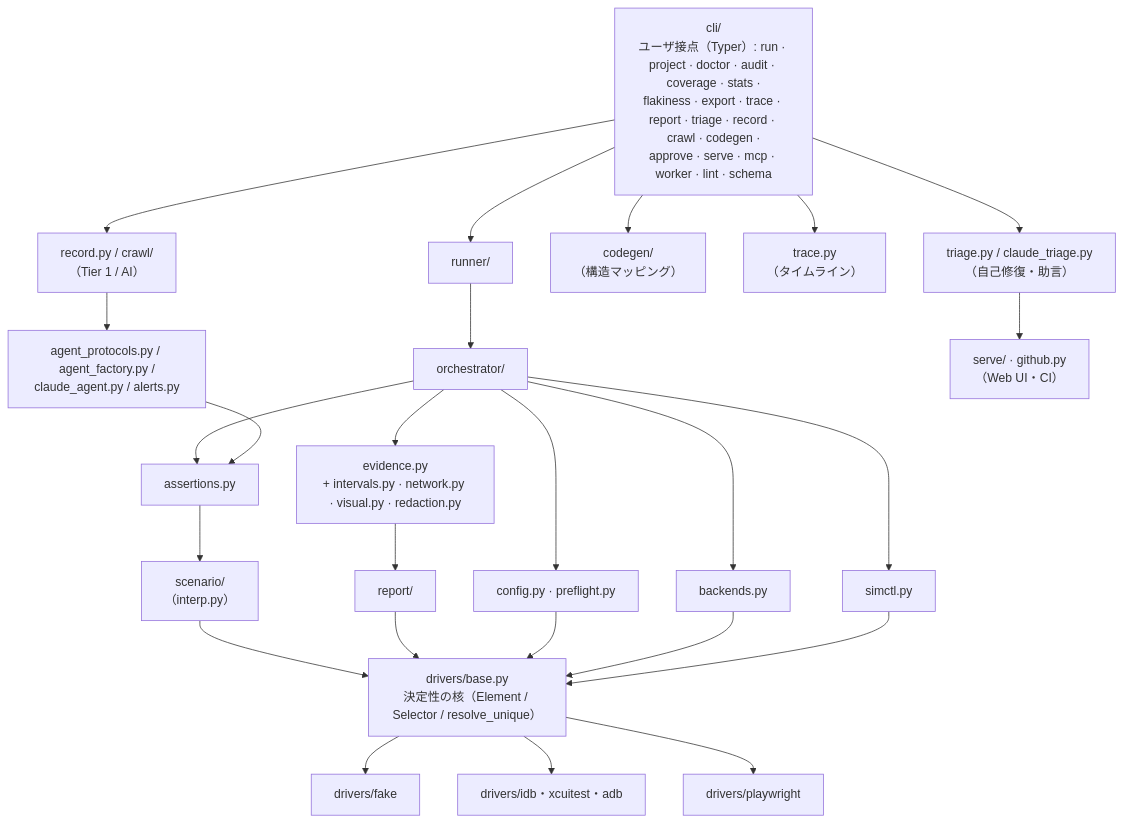
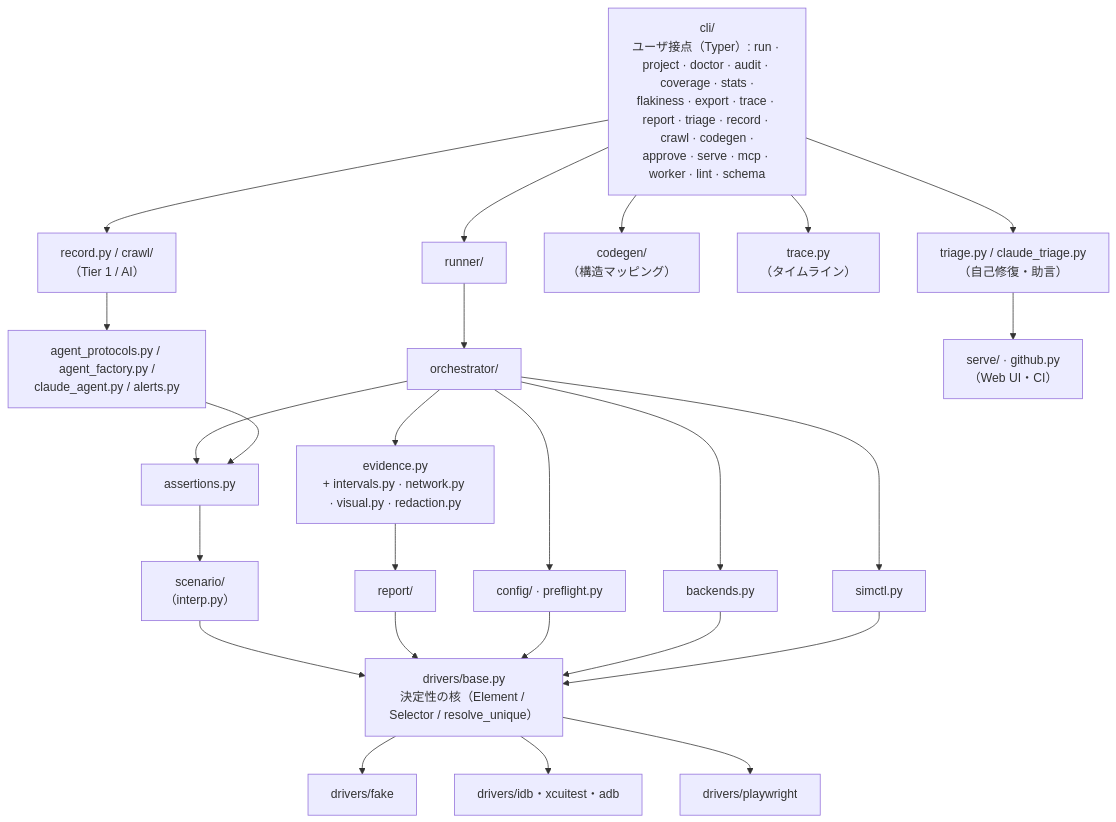
Before and after one commit to bajutsu-e2e/bajutsu: the second of 2 diagrams in docs/ja/architecture.md, drawn with Mermaid. The commit also changed other lines of this file and 30 other files, not shown here.

````diff
--- a/docs/ja/architecture.md
+++ b/docs/ja/architecture.md
@@ -137,59 +137,59 @@
 ```mermaid
 flowchart TB
     cli["cli/<br/>ユーザ接点（Typer）: run · project · doctor · audit · coverage · stats ·<br/>flakiness · export · trace · report · triage · record · crawl · codegen ·<br/>approve · serve · mcp · worker · lint · schema"]
 
     runner["runner/"]
     record["record.py / crawl/<br/>（Tier 1 / AI）"]
     codegen["codegen/<br/>（構造マッピング）"]
     trace["trace.py<br/>（タイムライン）"]
     triage["triage.py / claude_triage.py<br/>（自己修復・助言）"]
 
     orch["orchestrator/"]
     agentStuff["agent_protocols.py / agent_factory.py /<br/>claude_agent.py / alerts.py"]
     serveGh["serve/ · github.py<br/>（Web UI・CI）"]
 
     assertions["assertions.py"]
     evidence["evidence.py<br/>+ intervals.py · network.py · visual.py · redaction.py"]
 
     scenario["scenario/<br/>（interp.py）"]
     report["report/"]
-    config["config.py · preflight.py"]
+    config["config/ · preflight.py"]
     backends["backends.py"]
     simctl["simctl.py"]
 
     base["drivers/base.py<br/>決定性の核（Element / Selector / resolve_unique）"]
 
     fake["drivers/fake"]
     ios["drivers/idb・xcuitest・adb"]
     pw["drivers/playwright"]
 
     cli --> runner
     cli --> record
     cli --> codegen
     cli --> trace
     cli --> triage
 
     runner --> orch
     record --> agentStuff
     triage --> serveGh
 
     orch --> assertions
     orch --> evidence
     agentStuff --> assertions
 
     assertions --> scenario
     evidence --> report
     orch --> config
     orch --> backends
     orch --> simctl
 
     scenario --> base
     report --> base
     config --> base
     backends --> base
     simctl --> base
 
     base --> fake
     base --> ios
     base --> pw
 ```
````
